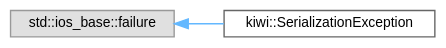
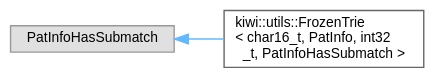
Before and after one commit to bab2min/Kiwi: the diagram in inherit_graph_141.dot, drawn with Graphviz. The commit also changed 159 other files, not shown here.

```diff
--- a/inherit_graph_141.dot
+++ b/inherit_graph_141.dot
@@ -1,11 +1,11 @@
 digraph "Graphical Class Hierarchy"
 {
  // LATEX_PDF_SIZE
   bgcolor="transparent";
   edge [fontname=Helvetica,fontsize=10,labelfontname=Helvetica,labelfontsize=10];
   node [fontname=Helvetica,fontsize=10,shape=box,height=0.2,width=0.4];
   rankdir="LR";
-  Node0 [id="Node000000",label="std::ios_base::failure",height=0.2,width=0.4,color="grey60", fillcolor="#E0E0E0", style="filled",tooltip=" "];
-  Node0 -> Node1 [id="edge21_Node000000_Node000001",dir="back",color="steelblue1",style="solid",tooltip=" "];
-  Node1 [id="Node000001",label="kiwi::SerializationException",height=0.2,width=0.4,color="grey40", fillcolor="white", style="filled",URL="$classkiwi_1_1SerializationException.html",tooltip=" "];
+  Node0 [id="Node000000",label="PatInfoHasSubmatch",height=0.2,width=0.4,color="grey60", fillcolor="#E0E0E0", style="filled",tooltip=" "];
+  Node0 -> Node1 [id="edge18_Node000000_Node000001",dir="back",color="steelblue1",style="solid",tooltip=" "];
+  Node1 [id="Node000001",label="kiwi::utils::FrozenTrie\l\< char16_t, PatInfo, int32\l_t, PatInfoHasSubmatch \>",height=0.2,width=0.4,color="grey40", fillcolor="white", style="filled",URL="$classkiwi_1_1utils_1_1FrozenTrie.html",tooltip=" "];
 }
```
